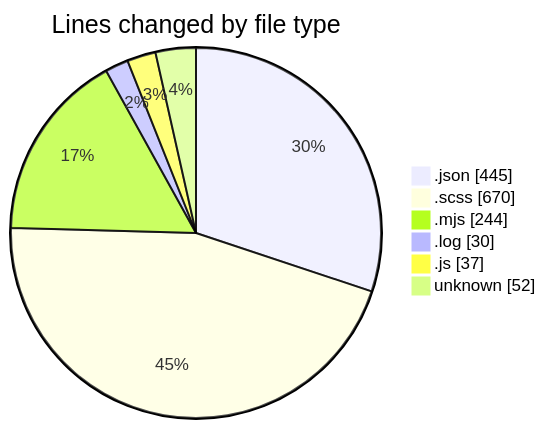
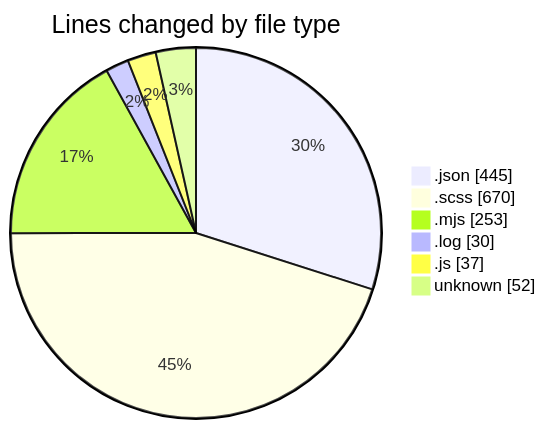
One commit to momahboobian/code-tracking changed the first of 2 diagrams in 2026-08-12/cda/README.md. Above: the diagram before and after it, drawn with Mermaid. The commit also changed other lines of this file and 1 other file, not shown here.

````diff
--- a/2026-08-12/cda/README.md
+++ b/2026-08-12/cda/README.md
@@ -35,10 +35,10 @@
 ```mermaid
 pie showData
 title Lines changed by file type
 ".json" : 445
 ".scss" : 670
-".mjs" : 244
+".mjs" : 253
 ".log" : 30
 ".js" : 37
 "unknown" : 52
 ```
````
